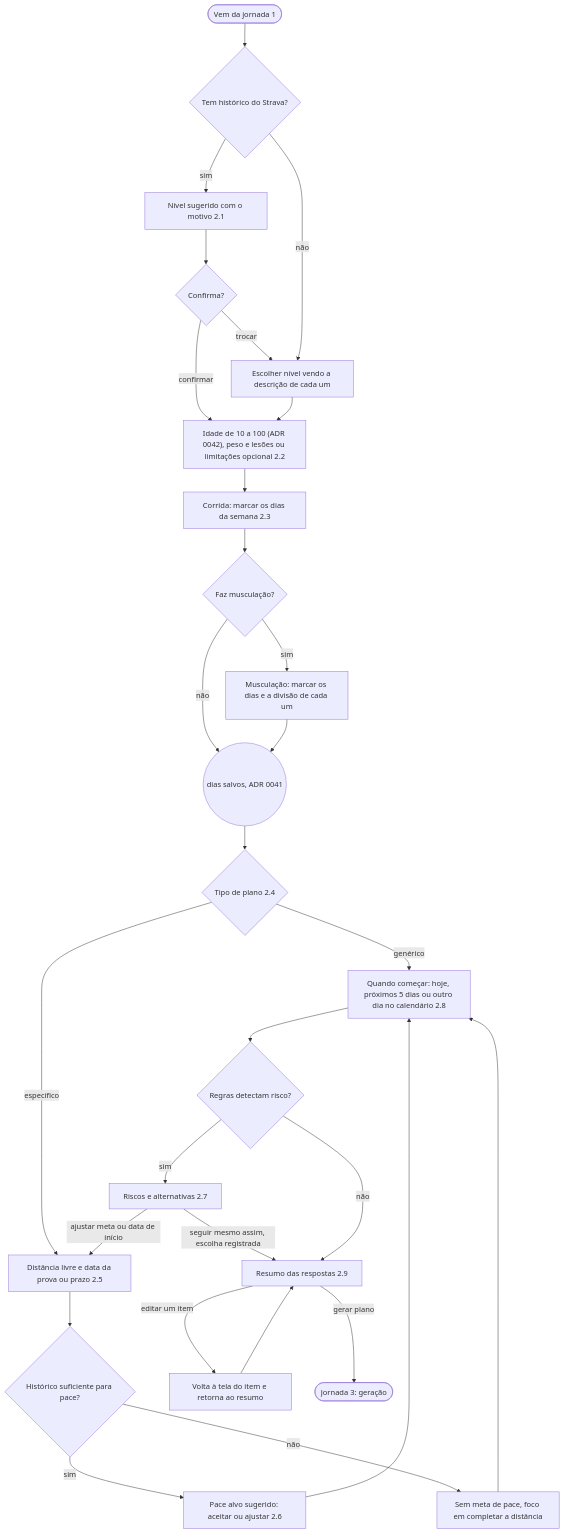
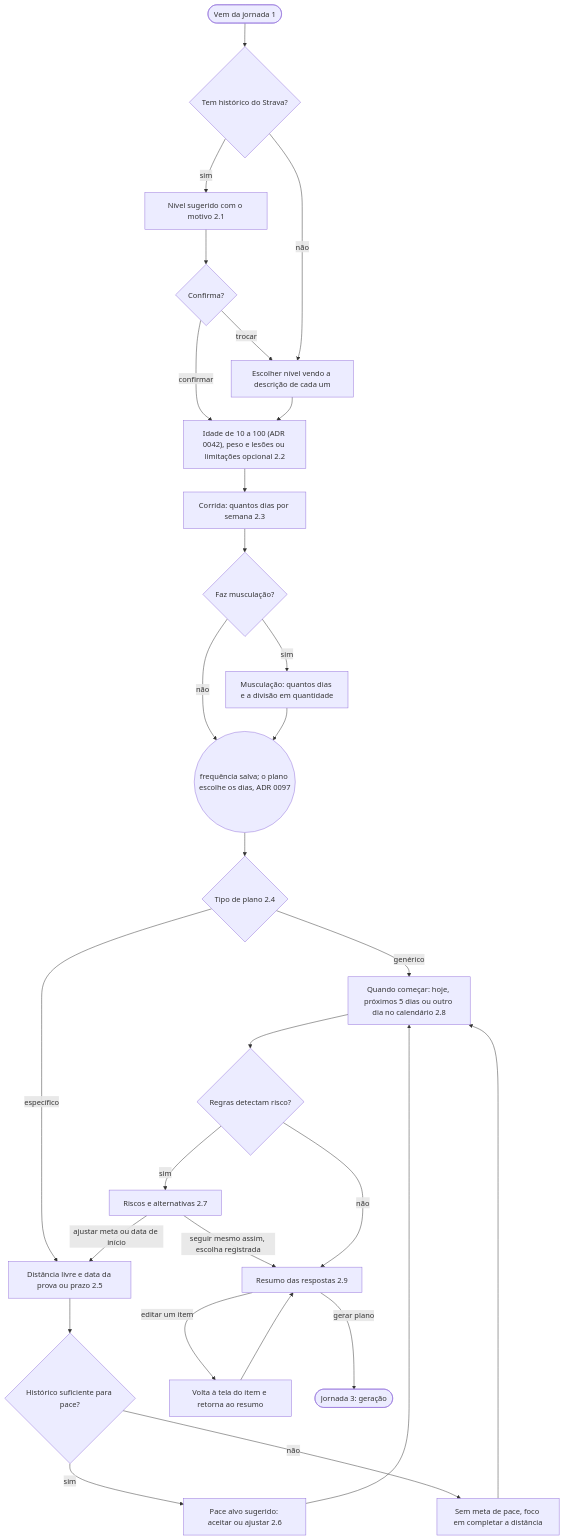
One commit to cruzvini/app-corrida changed the second of 11 diagrams in docs/fluxos.md. Above: the diagram before and after it, drawn with Mermaid. The commit also changed other lines of this file and 14 other files, not shown here.

````diff
--- a/docs/fluxos.md
+++ b/docs/fluxos.md
@@ -44,31 +44,31 @@
 ```mermaid
 flowchart TD
   A([Vem da jornada 1]) --> B{Tem histórico do Strava?}
   B -- sim --> C[Nível sugerido com o motivo 2.1]
   C --> C1{Confirma?}
   C1 -- trocar --> D
   C1 -- confirmar --> E
   B -- não --> D[Escolher nível vendo a descrição de cada um]
   D --> E["Idade de 10 a 100 (ADR 0042), peso e lesões ou limitações opcional 2.2"]
-  E --> F[Corrida: marcar os dias da semana 2.3]
+  E --> F[Corrida: quantos dias por semana 2.3]
   F --> G{Faz musculação?}
-  G -- sim --> G1[Musculação: marcar os dias e a divisão de cada um]
+  G -- sim --> G1[Musculação: quantos dias e a divisão em quantidade]
   G -- não --> DIAS
   G1 --> DIAS
-  DIAS((dias salvos, ADR 0041)) --> H{Tipo de plano 2.4}
+  DIAS((frequência salva; o plano escolhe os dias, ADR 0097)) --> H{Tipo de plano 2.4}
   H -- genérico --> INI
   H -- específico --> I[Distância livre e data da prova ou prazo 2.5]
   I --> J{Histórico suficiente para pace?}
   J -- sim --> J1[Pace alvo sugerido: aceitar ou ajustar 2.6]
   J -- não --> J2[Sem meta de pace, foco em completar a distância]
   J1 --> INI
   J2 --> INI
   INI["Quando começar: hoje, próximos 5 dias ou outro dia no calendário 2.8"] --> K{Regras detectam risco?}
   K -- sim --> K1[Riscos e alternativas 2.7]
   K1 -- ajustar meta ou data de início --> I
   K1 -- seguir mesmo assim, escolha registrada --> R
   K -- não --> R[Resumo das respostas 2.9]
   R -- editar um item --> EDIT[Volta à tela do item e retorna ao resumo]
   EDIT --> R
   R -- gerar plano --> GER([Jornada 3: geração])
 ```
````
